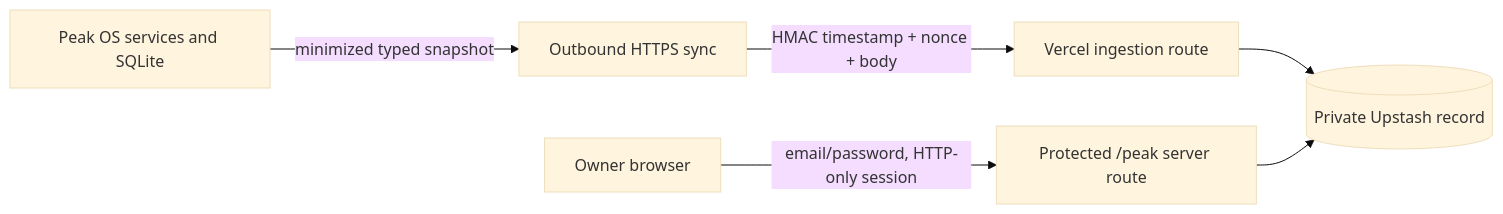
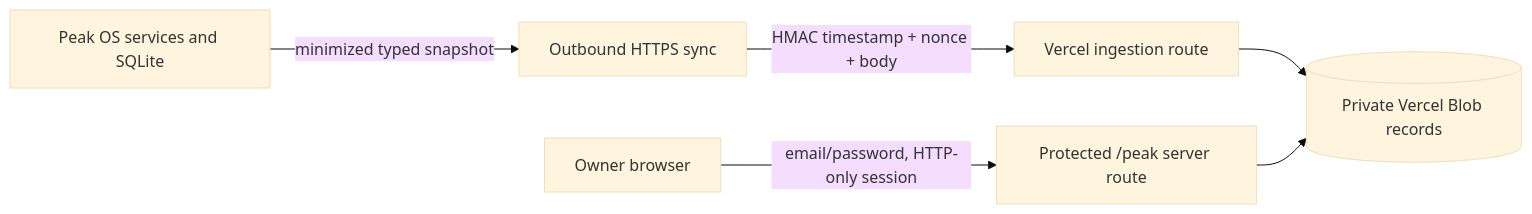
The diagram in docs/peak-os-dashboard.md (stevenscwu/line101chat-site), drawn with Mermaid (base theme) before and after one commit. The commit also changed other lines of this file and 27 other files, not shown here.

````diff
--- a/docs/peak-os-dashboard.md
+++ b/docs/peak-os-dashboard.md
@@ -8,8 +8,8 @@
 ```mermaid
 flowchart LR
     A[Peak OS services and SQLite] -->|minimized typed snapshot| B[Outbound HTTPS sync]
     B -->|HMAC timestamp + nonce + body| C[Vercel ingestion route]
-    C --> D[(Private Upstash record)]
+    C --> D[(Private Vercel Blob records)]
     E[Owner browser] -->|email/password, HTTP-only session| F[Protected /peak server route]
     F --> D
 ```
````
